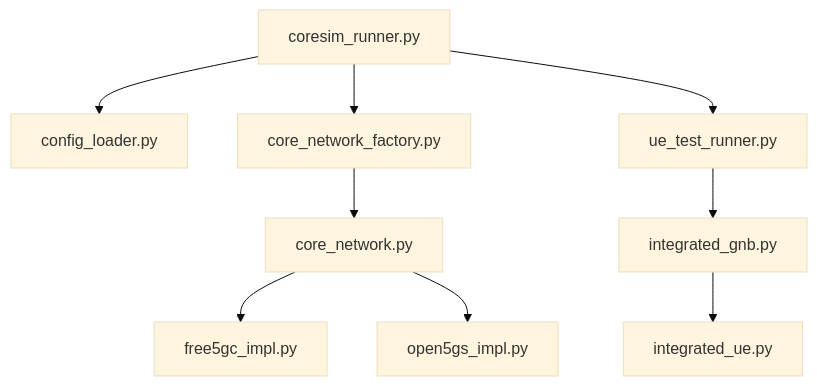
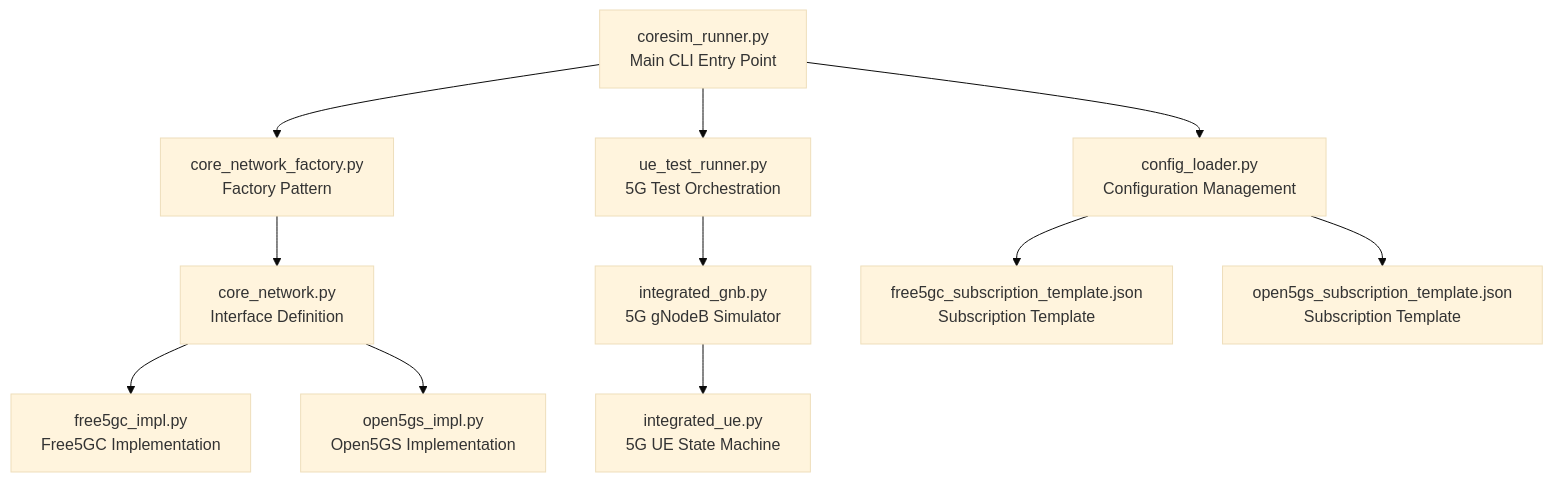
The second of 6 diagrams in .qoder/repowiki/en/content/Project Overview/Project Overview.md (hackeryounow/coresimrunner), drawn with Mermaid (base theme) before and after one commit. The commit also changed other lines of this file and 6 other files, not shown here.

````diff
--- a/.qoder/repowiki/en/content/Project Overview/Project Overview.md
+++ b/.qoder/repowiki/en/content/Project Overview/Project Overview.md
@@ -126,20 +139,24 @@
 ```mermaid
 graph TB
-CRS["coresim_runner.py"]
-CL["config_loader.py"]
-FAC["core_network_factory.py"]
-IF["core_network.py"]
-F5["free5gc_impl.py"]
-O5["open5gs_impl.py"]
-UTR["ue_test_runner.py"]
-GNB["integrated_gnb.py"]
-UE["integrated_ue.py"]
+CRS["coresim_runner.py<br/>Main CLI Entry Point"]
+CL["config_loader.py<br/>Configuration Management"]
+FAC["core_network_factory.py<br/>Factory Pattern"]
+IF["core_network.py<br/>Interface Definition"]
+F5["free5gc_impl.py<br/>Free5GC Implementation"]
+O5["open5gs_impl.py<br/>Open5GS Implementation"]
+UTR["ue_test_runner.py<br/>5G Test Orchestration"]
+GNB["integrated_gnb.py<br/>5G gNodeB Simulator"]
+UE["integrated_ue.py<br/>5G UE State Machine"]
+F5GC_T["free5gc_subscription_template.json<br/>Subscription Template"]
+O5GS_T["open5gs_subscription_template.json<br/>Subscription Template"]
 CRS --> CL
 CRS --> FAC
 FAC --> IF
 IF --> F5
 IF --> O5
 CRS --> UTR
 UTR --> GNB
 GNB --> UE
+CL --> F5GC_T
+CL --> O5GS_T
 ```
````
